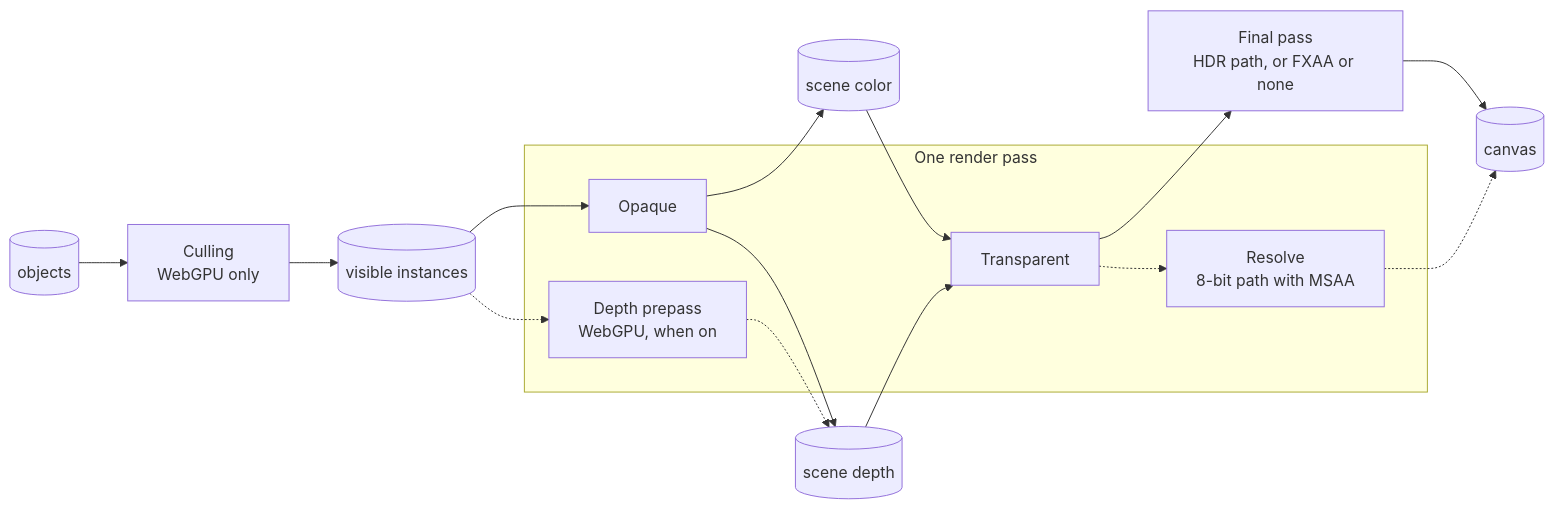
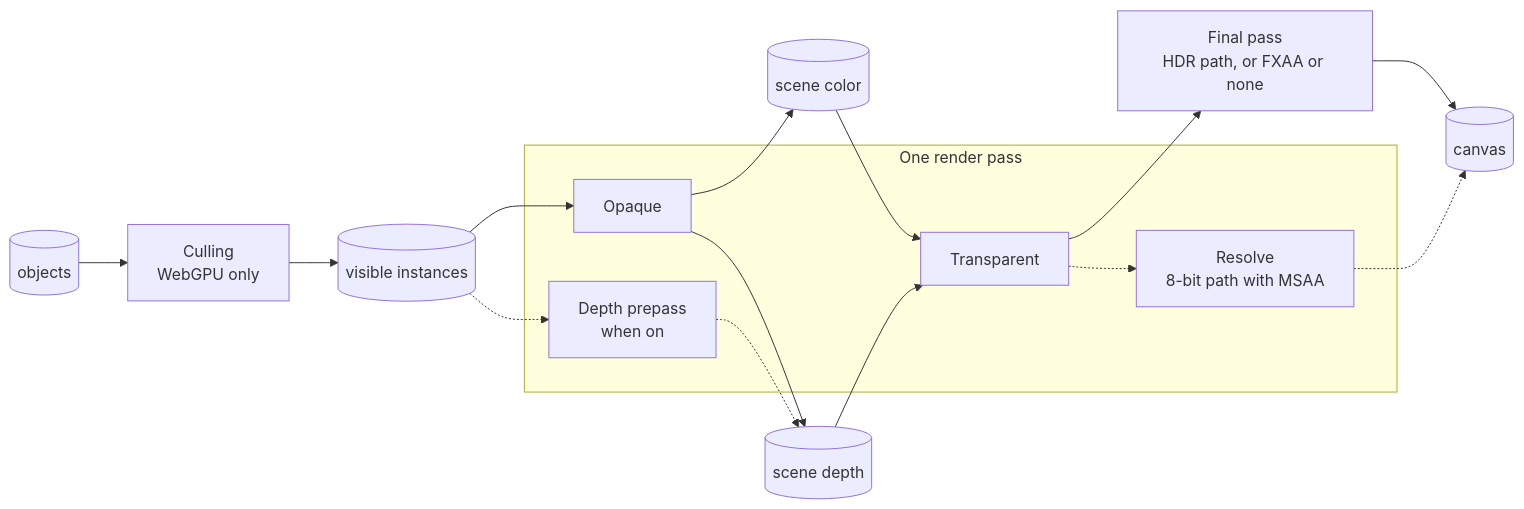
One commit to null3d-engine/null3d changed the first of 2 diagrams in docs/concepts/render-graph.md. Above: the diagram before and after it, drawn with Mermaid. The commit also changed other lines of this file and 37 other files, not shown here.

````diff
--- a/docs/concepts/render-graph.md
+++ b/docs/concepts/render-graph.md
@@ -13,19 +13,19 @@
 ```mermaid
 flowchart LR
     objects[("objects")] --> culling["Culling<br/>WebGPU only"] --> visible[("visible instances")]
     visible --> opaque
     visible -.-> prepass
     subgraph scene["One render pass"]
-        prepass["Depth prepass<br/>WebGPU, when on"]
+        prepass["Depth prepass<br/>when on"]
         opaque["Opaque"]
         transparent["Transparent"]
         resolve["Resolve<br/>8-bit path with MSAA"]
     end
     prepass -.-> depth
     opaque --> color[("scene color")]
     opaque --> depth[("scene depth")]
     color --> transparent
     depth --> transparent
     transparent --> final["Final pass<br/>HDR path, or FXAA or none"] --> canvas[("canvas")]
     transparent -.-> resolve -.-> canvas
 ```
````
